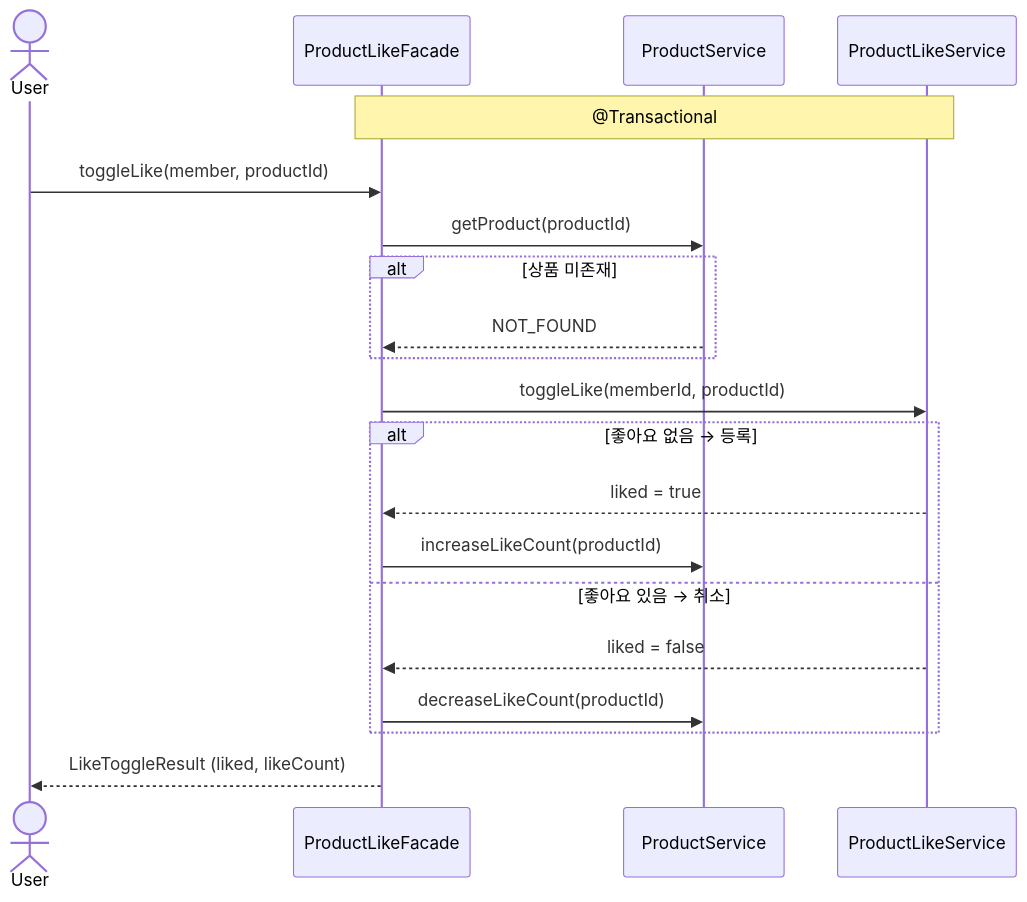
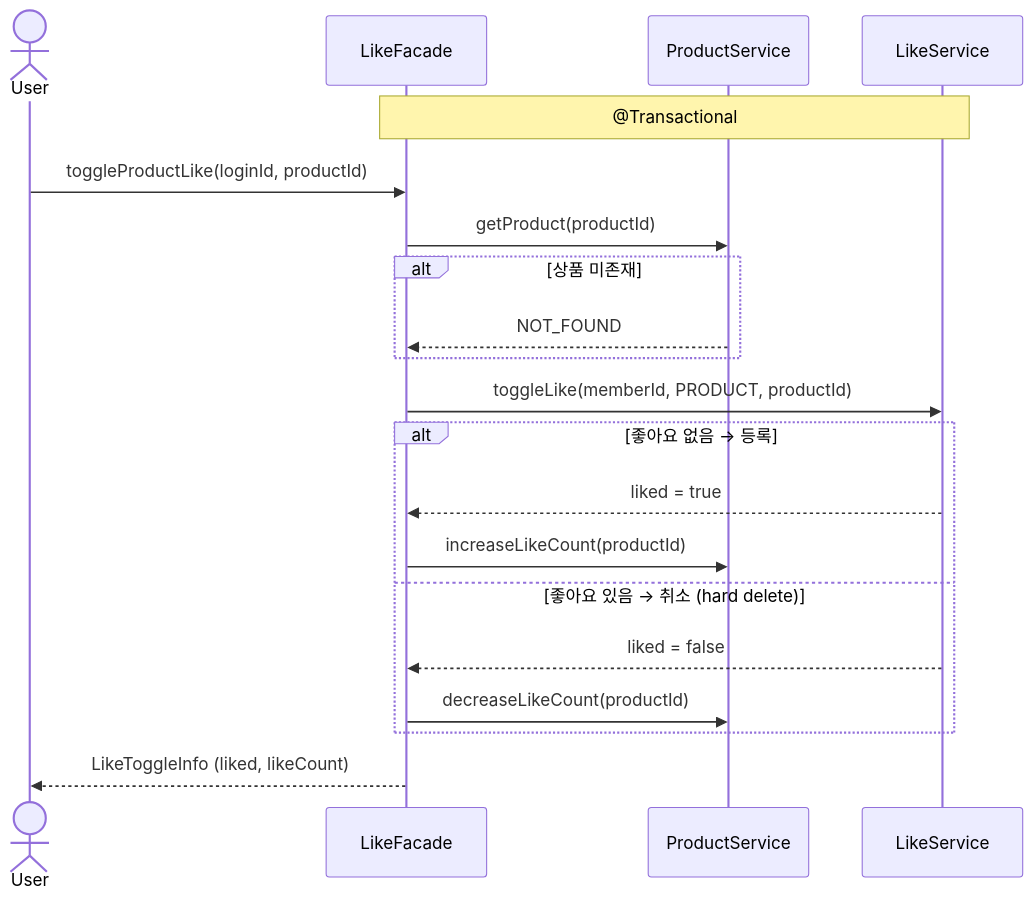
One commit to juoklee/loop-pack-be-l2-vol3-java changed the third of 6 diagrams in docs/design/02-sequence-diagrams.md. Above: the diagram before and after it, drawn with Mermaid. The commit also changed other lines of this file and 3 other files, not shown here.

````diff
--- a/docs/design/02-sequence-diagrams.md
+++ b/docs/design/02-sequence-diagrams.md
@@ -86,27 +88,27 @@
 ```mermaid
 sequenceDiagram
     actor User
-    participant Facade as ProductLikeFacade
+    participant Facade as LikeFacade
     participant ProductService
-    participant LikeService as ProductLikeService
+    participant LikeService
 
     Note over Facade, LikeService: @Transactional
 
-    User->>Facade: toggleLike(member, productId)
+    User->>Facade: toggleProductLike(loginId, productId)
 
     Facade->>ProductService: getProduct(productId)
     alt 상품 미존재
         ProductService-->>Facade: NOT_FOUND
     end
 
-    Facade->>LikeService: toggleLike(memberId, productId)
+    Facade->>LikeService: toggleLike(memberId, PRODUCT, productId)
     alt 좋아요 없음 → 등록
         LikeService-->>Facade: liked = true
         Facade->>ProductService: increaseLikeCount(productId)
-    else 좋아요 있음 → 취소
+    else 좋아요 있음 → 취소 (hard delete)
         LikeService-->>Facade: liked = false
         Facade->>ProductService: decreaseLikeCount(productId)
     end
 
-    Facade-->>User: LikeToggleResult (liked, likeCount)
+    Facade-->>User: LikeToggleInfo (liked, likeCount)
 ```
````
